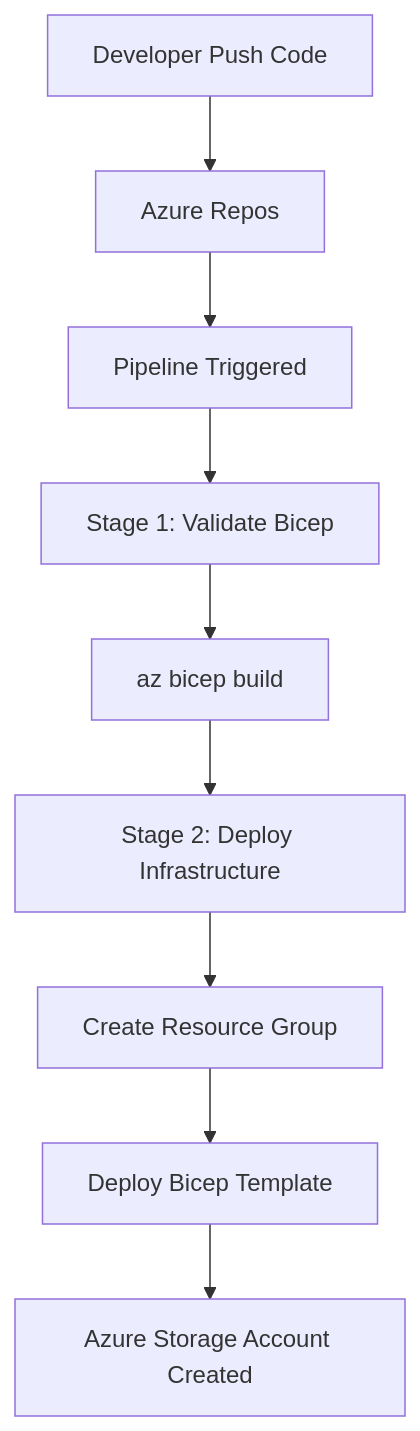
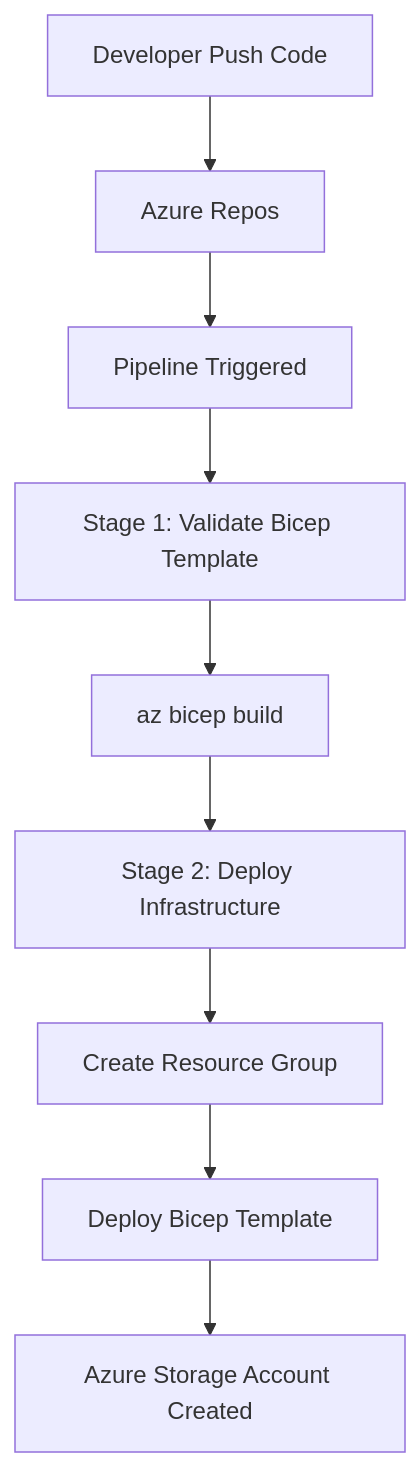
Before and after one commit to cloudwithpavan/azure-devops-bicep-iac-pipeline: the second of 2 diagrams in README.md, drawn with Mermaid. The commit also changed other lines of this file, not shown here.

````diff
--- a/README.md
+++ b/README.md
@@ -44,19 +44,19 @@
 ```mermaid
 flowchart TD
 
 A[Developer Push Code] --> B[Azure Repos]
 
 B --> C[Pipeline Triggered]
 
-C --> D[Stage 1: Validate Bicep]
+C --> D[Stage 1: Validate Bicep Template]
 
 D --> E[az bicep build]
 
 E --> F[Stage 2: Deploy Infrastructure]
 
 F --> G[Create Resource Group]
 
 G --> H[Deploy Bicep Template]
 
 H --> I[Azure Storage Account Created]
 ```
````
